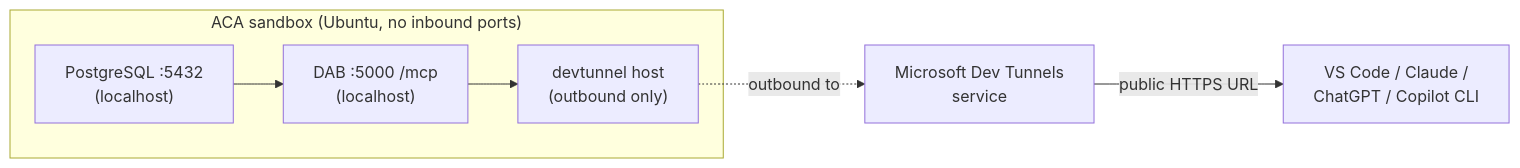
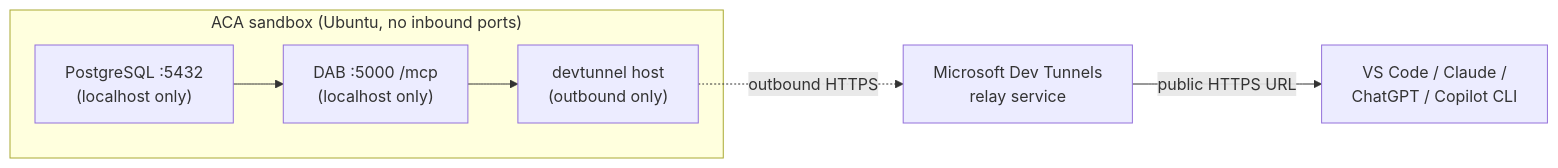
The diagram in samples/sandboxes/scenarios/08-mcp-hosting/dab-sql-devtunnel/README.md (annaji-msft/ai-apps), drawn with Mermaid before and after one commit. The commit also changed other lines of this file and 5 other files, not shown here.

````diff
--- a/samples/sandboxes/scenarios/08-mcp-hosting/dab-sql-devtunnel/README.md
+++ b/samples/sandboxes/scenarios/08-mcp-hosting/dab-sql-devtunnel/README.md
@@ -37,11 +41,11 @@
 ```mermaid
 flowchart LR
     subgraph S["ACA sandbox (Ubuntu, no inbound ports)"]
-        PG["PostgreSQL :5432<br/>(localhost)"]
-        DAB["DAB :5000 /mcp<br/>(localhost)"]
+        PG["PostgreSQL :5432<br/>(localhost only)"]
+        DAB["DAB :5000 /mcp<br/>(localhost only)"]
         DT["devtunnel host<br/>(outbound only)"]
         PG --> DAB --> DT
     end
-    DT -. "outbound to" .-> M["Microsoft Dev Tunnels<br/>service"]
+    DT -. "outbound HTTPS" .-> M["Microsoft Dev Tunnels<br/>relay service"]
     M -- "public HTTPS URL" --> Client["VS Code / Claude /<br/>ChatGPT / Copilot CLI"]
 ```
````
